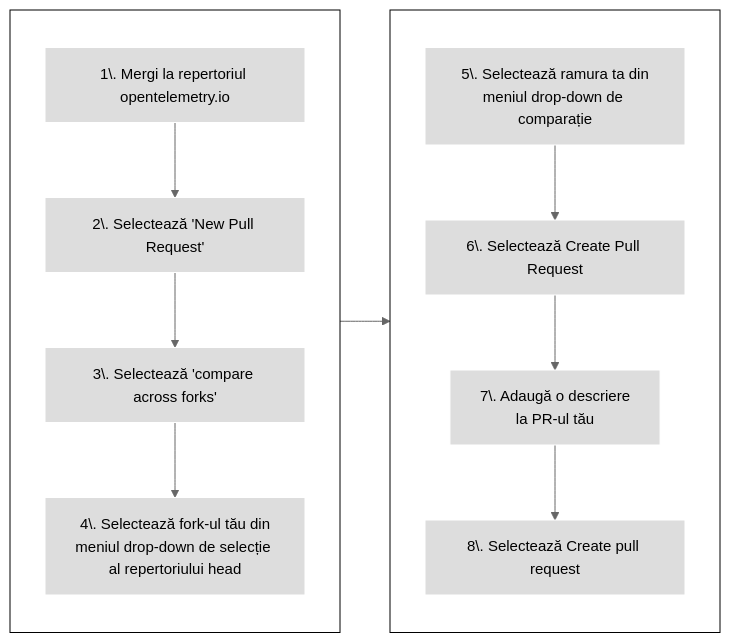
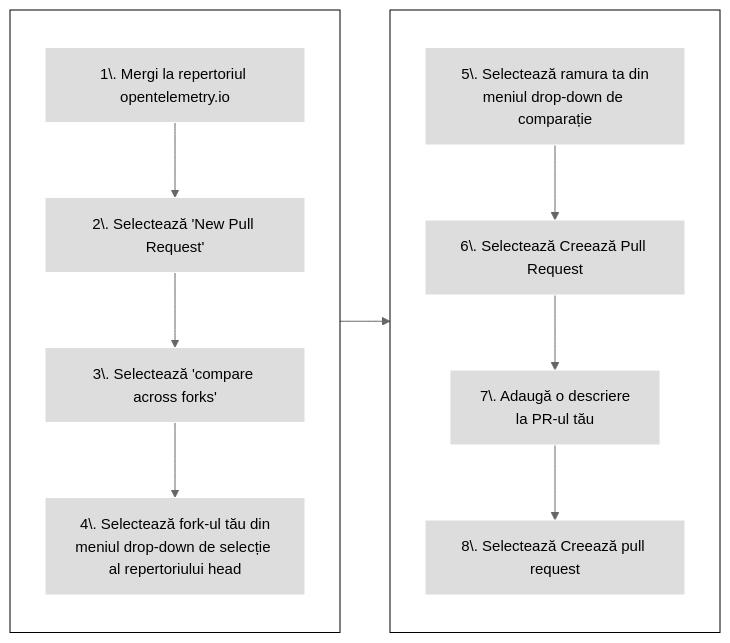
Before and after one commit to open-telemetry/opentelemetry.io: the fourth of 4 diagrams in content/ro/docs/contributing/pull-requests.md, drawn with Mermaid (neutral theme). The commit also changed other lines of this file, not shown here.

````diff
--- a/content/ro/docs/contributing/pull-requests.md
+++ b/content/ro/docs/contributing/pull-requests.md
@@ -362,22 +362,22 @@
 ```mermaid
 flowchart LR
 subgraph first[ ]
 direction TB
 1[1\. Mergi la repertoriul opentelemetry.io] --> 2[2\. Selectează 'New Pull Request']
 2 --> 3[3\. Selectează 'compare across forks']
 3 --> 4[4\. Selectează fork-ul tău din<br>meniul drop-down de selecție al repertoriului head]
 end
 subgraph second [ ]
 direction TB
-5[5\. Selectează ramura ta din<br>meniul drop-down de comparație] --> 6[6\. Selectează Create Pull Request]
+5[5\. Selectează ramura ta din<br>meniul drop-down de comparație] --> 6[6\. Selectează Creează Pull Request]
 6 --> 7[7\. Adaugă o descriere<br>la PR-ul tău]
-7 --> 8[8\. Selectează Create pull request]
+7 --> 8[8\. Selectează Creează pull request]
 end
 
 first --> second
 
 classDef grey fill:#dddddd,stroke:#ffffff,stroke-width:px,color:#000000, font-size:15px;
 classDef white fill:#ffffff,stroke:#000,stroke-width:px,color:#000,font-weight:bold
 class 1,2,3,4,5,6,7,8 grey
 class first,second white
 ```
````
